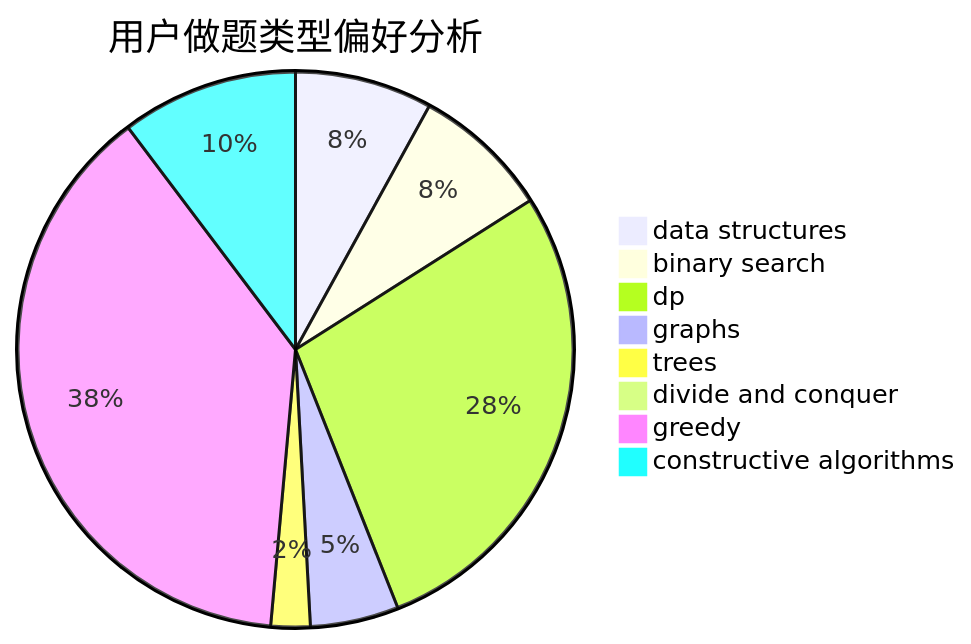
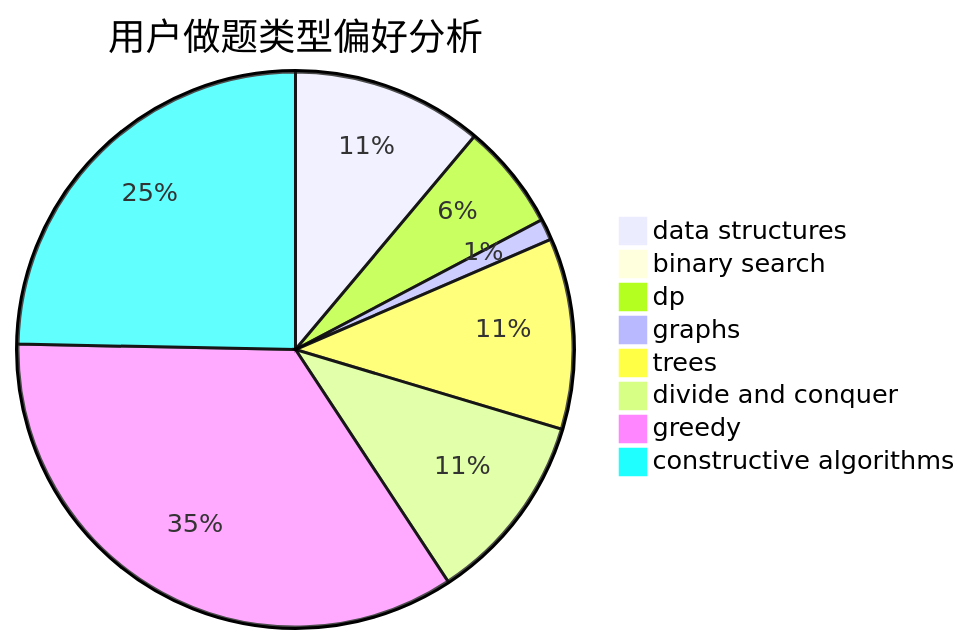
The second of 3 diagrams in docs/user/u1451.md (sherpahu/cfrs.github.io), drawn with Mermaid before and after one commit. The commit also changed other lines of this file and 2770 other files, not shown here.

````diff
--- a/docs/user/u1451.md
+++ b/docs/user/u1451.md
@@ -23,11 +23,11 @@
 ```mermaid
 pie title 用户做题类型偏好分析
-    "data structures" :  14
-    "binary search" :  14
-    "dp" :  49
-    "graphs" :  9
-    "trees" :  4
-    "divide and conquer" :  0
-    "greedy" :  67
-    "constructive algorithms" :  18
+    "data structures" :  9
+    "binary search" :  0
+    "dp" :  5
+    "graphs" :  1
+    "trees" :  9
+    "divide and conquer" :  9
+    "greedy" :  28
+    "constructive algorithms" :  20
 ```
````
